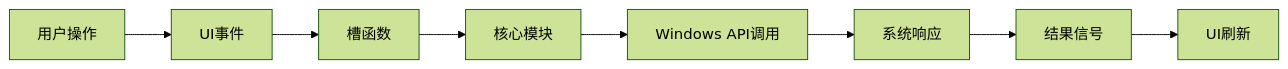
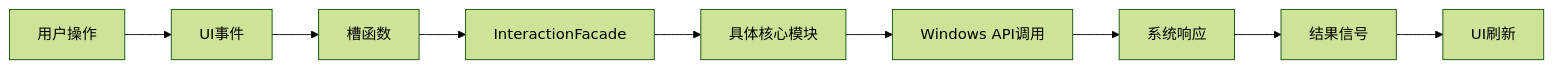
Before and after one commit to KokoiRin/qoder4ymjh: the third of 4 diagrams in .qoder/repowiki/zh/content/技术架构详解/技术架构详解.md, drawn with Mermaid (forest theme). The commit also changed other lines of this file and 23 other files, not shown here.

````diff
--- a/.qoder/repowiki/zh/content/技术架构详解/技术架构详解.md
+++ b/.qoder/repowiki/zh/content/技术架构详解/技术架构详解.md
@@ -142,10 +218,11 @@
 ```mermaid
 flowchart LR
 A[用户操作] --> B[UI事件]
 B --> C[槽函数]
-C --> D[核心模块]
-D --> E[Windows API调用]
-E --> F[系统响应]
-F --> G[结果信号]
-G --> H[UI刷新]
+C --> D[InteractionFacade]
+D --> E[具体核心模块]
+E --> F[Windows API调用]
+F --> G[系统响应]
+G --> H[结果信号]
+H --> I[UI刷新]
 ```
````
